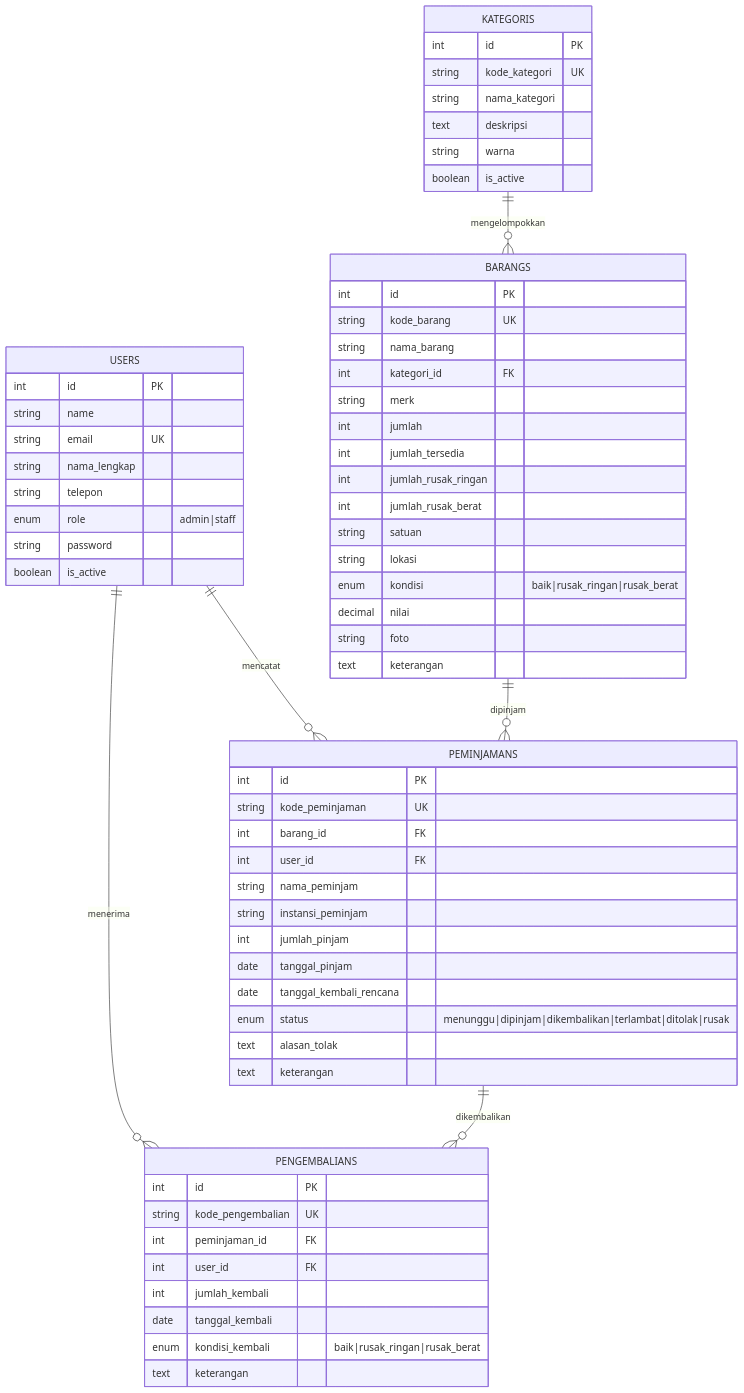
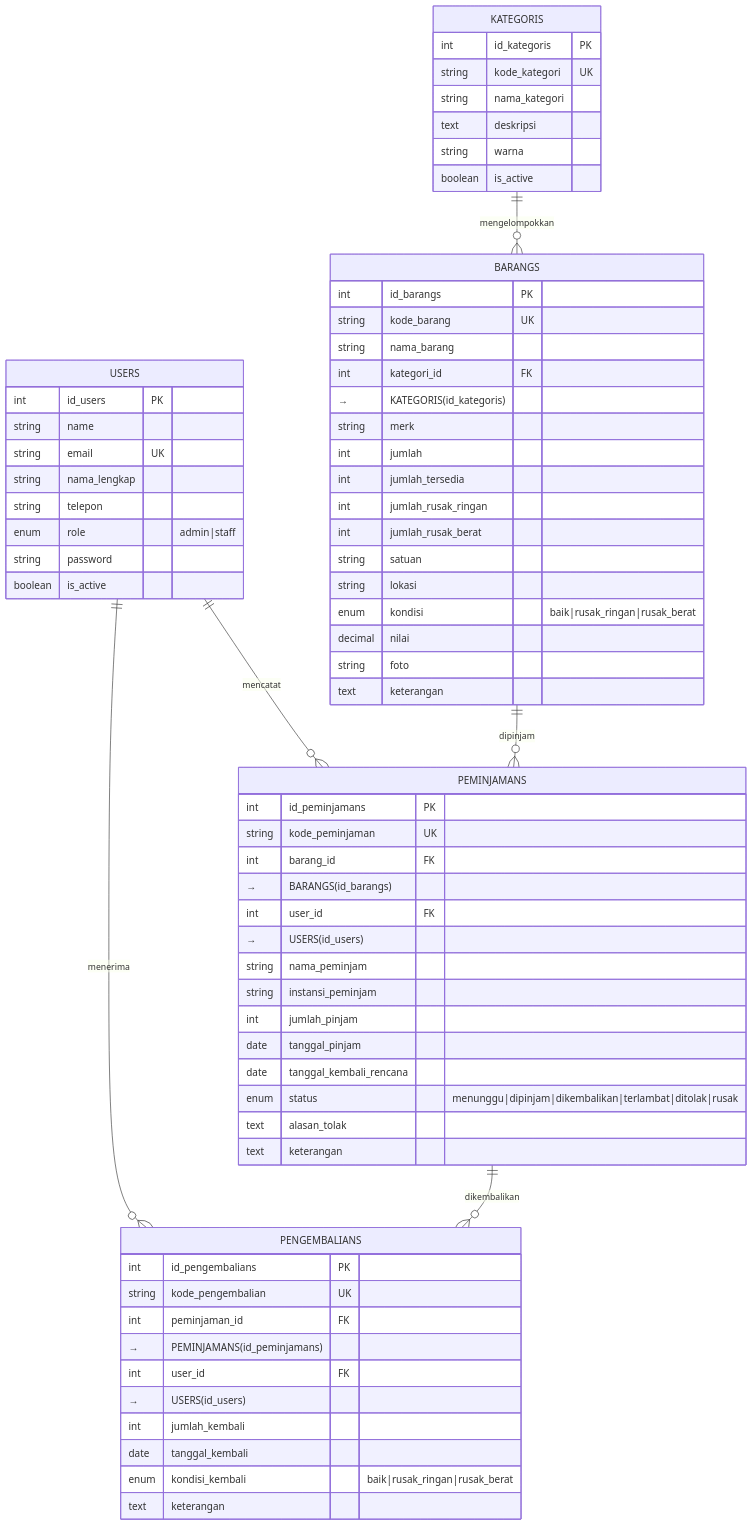
The first of 7 diagrams in docs/ERD_AND_DIAGRAMS.md (aikogansduniaakhirat/inventaris-barang), drawn with Mermaid before and after one commit. The commit also changed other lines of this file and 16 other files, not shown here.

````diff
--- a/docs/ERD_AND_DIAGRAMS.md
+++ b/docs/ERD_AND_DIAGRAMS.md
@@ -12,72 +12,72 @@
 ```mermaid
 erDiagram
     USERS ||--o{ PEMINJAMANS : "mencatat"
     USERS ||--o{ PENGEMBALIANS : "menerima"
     KATEGORIS ||--o{ BARANGS : "mengelompokkan"
     BARANGS ||--o{ PEMINJAMANS : "dipinjam"
     PEMINJAMANS ||--o{ PENGEMBALIANS : "dikembalikan"
 
     USERS {
-        int id PK
+        int id_users PK
         string name
         string email UK
         string nama_lengkap
         string telepon
         enum role "admin|staff"
         string password
         boolean is_active
     }
 
     KATEGORIS {
-        int id PK
+        int id_kategoris PK
         string kode_kategori UK
         string nama_kategori
         text deskripsi
         string warna
         boolean is_active
     }
 
     BARANGS {
-        int id PK
+        int id_barangs PK
         string kode_barang UK
         string nama_barang
-        int kategori_id FK
+        int kategori_id FK → KATEGORIS(id_kategoris)
         string merk
         int jumlah
         int jumlah_tersedia
         int jumlah_rusak_ringan
         int jumlah_rusak_berat
         string satuan
         string lokasi
         enum kondisi "baik|rusak_ringan|rusak_berat"
         decimal nilai
         string foto
         text keterangan
     }
 
     PEMINJAMANS {
-        int id PK
+        int id_peminjamans PK
         string kode_peminjaman UK
-        int barang_id FK
-        int user_id FK
+        int barang_id FK → BARANGS(id_barangs)
+        int user_id FK → USERS(id_users)
         string nama_peminjam
         string instansi_peminjam
         int jumlah_pinjam
         date tanggal_pinjam
         date tanggal_kembali_rencana
         enum status "menunggu|dipinjam|dikembalikan|terlambat|ditolak|rusak"
         text alasan_tolak
         text keterangan
     }
 
     PENGEMBALIANS {
-        int id PK
+        int id_pengembalians PK
         string kode_pengembalian UK
-        int peminjaman_id FK
-        int user_id FK
+        int peminjaman_id FK → PEMINJAMANS(id_peminjamans)
+        int user_id FK → USERS(id_users)
         int jumlah_kembali
         date tanggal_kembali
         enum kondisi_kembali "baik|rusak_ringan|rusak_berat"
         text keterangan
     }
 ```
````
